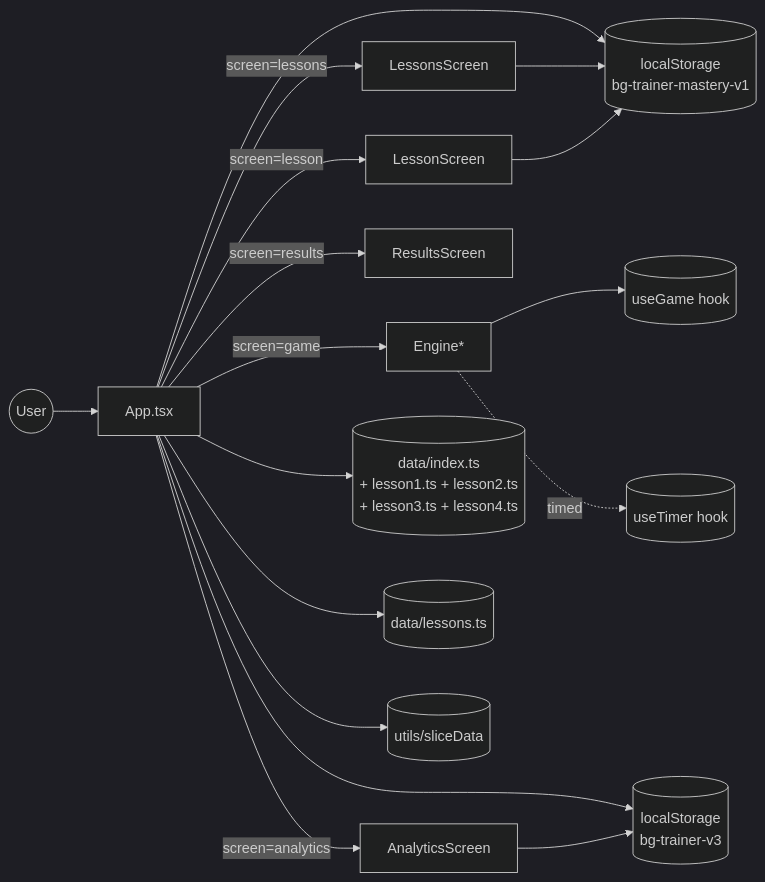
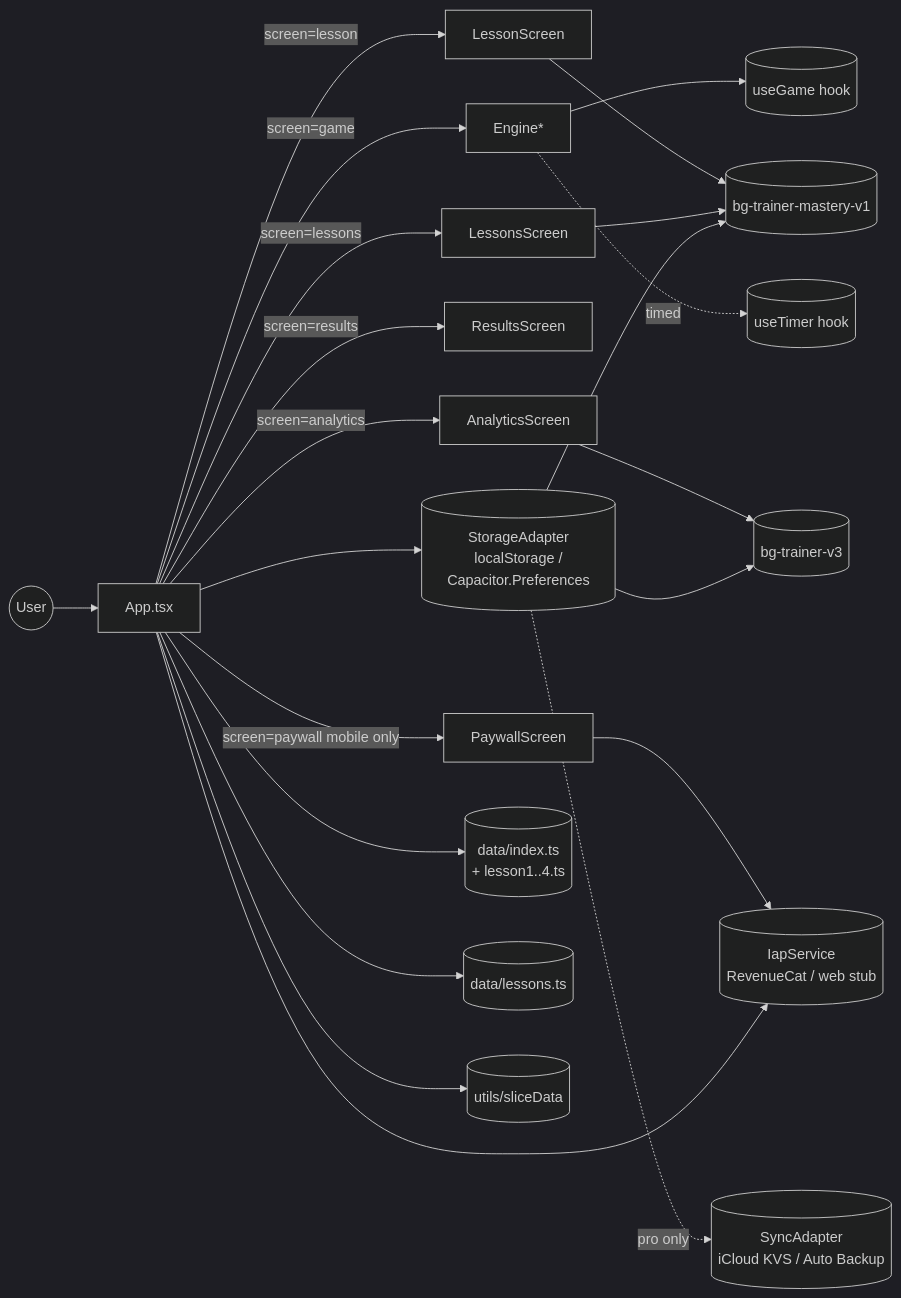
One commit to korchasa/bg-trainer changed the diagram in documents/design.md. Above: the diagram before and after it, drawn with Mermaid (dark theme). The commit also changed other lines of this file and 1 other file, not shown here.

First line of the commit message:
docs(srs,sds): spec mobile freemium — iOS+Android, IAP, Pro sync

````diff
--- a/documents/design.md
+++ b/documents/design.md
@@ -9,19 +9,24 @@
   ```mermaid
   flowchart LR
     User((User)) --> App[App.tsx]
     App -->|screen=lessons| Lessons[LessonsScreen]
     App -->|screen=lesson| Lesson[LessonScreen]
     App -->|screen=game| Engine[Engine*]
     App -->|screen=results| Results[ResultsScreen]
     App -->|screen=analytics| Analytics[AnalyticsScreen]
+    App -->|screen=paywall mobile only| Paywall[PaywallScreen]
     Engine --> useGame[(useGame hook)]
     Engine -.timed.-> useTimer[(useTimer hook)]
-    App --> History[(localStorage\n bg-trainer-v3)]
-    App --> Mastery[(localStorage\n bg-trainer-mastery-v1)]
+    App --> Storage[(StorageAdapter\n localStorage / Capacitor.Preferences)]
+    Storage --> History[(bg-trainer-v3)]
+    Storage --> Mastery[(bg-trainer-mastery-v1)]
+    App --> IAP[(IapService\n RevenueCat / web stub)]
+    Paywall --> IAP
+    Storage -.pro only.-> Sync[(SyncAdapter\n iCloud KVS / Auto Backup)]
     Analytics --> History
     Lessons --> Mastery
     Lesson --> Mastery
-    App --> Data[(data/index.ts\n + lesson1.ts + lesson2.ts\n + lesson3.ts + lesson4.ts)]
-    App --> Lessons2[(data/lessons.ts)]
+    App --> Data[(data/index.ts\n + lesson1..4.ts)]
+    App --> LessonsData[(data/lessons.ts)]
     App --> Slice[(utils/sliceData)]
   ```
````
